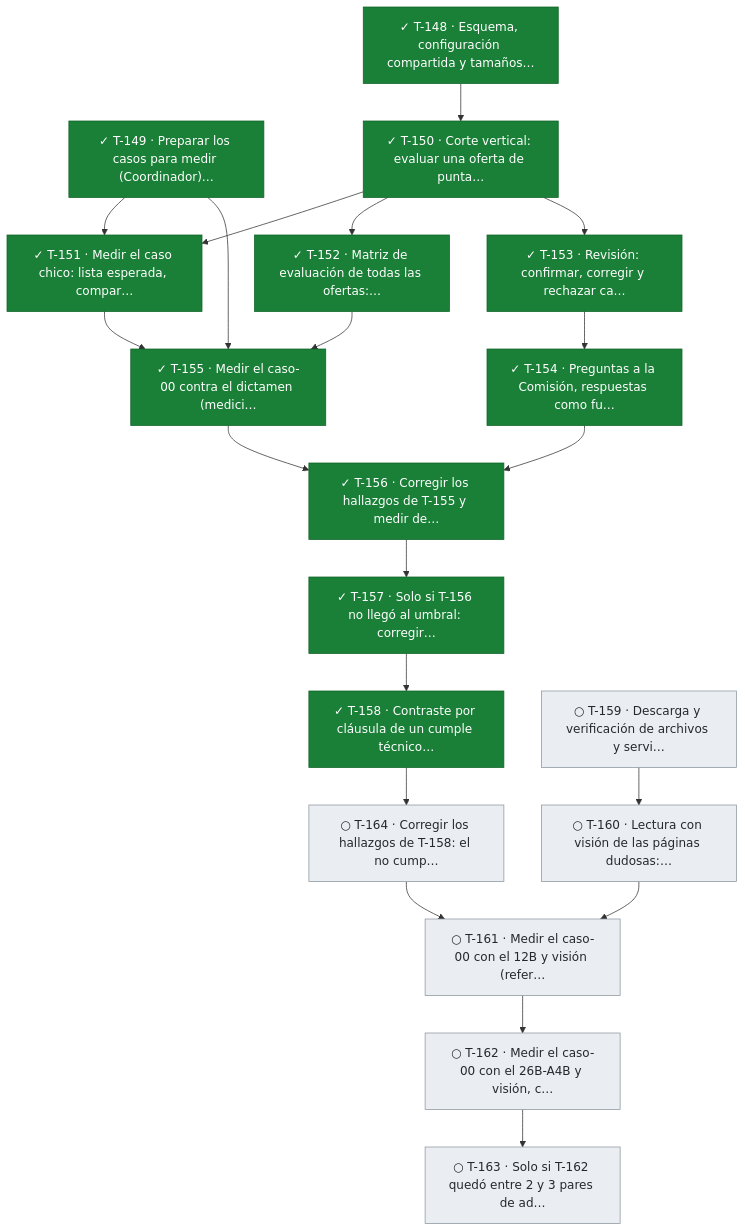
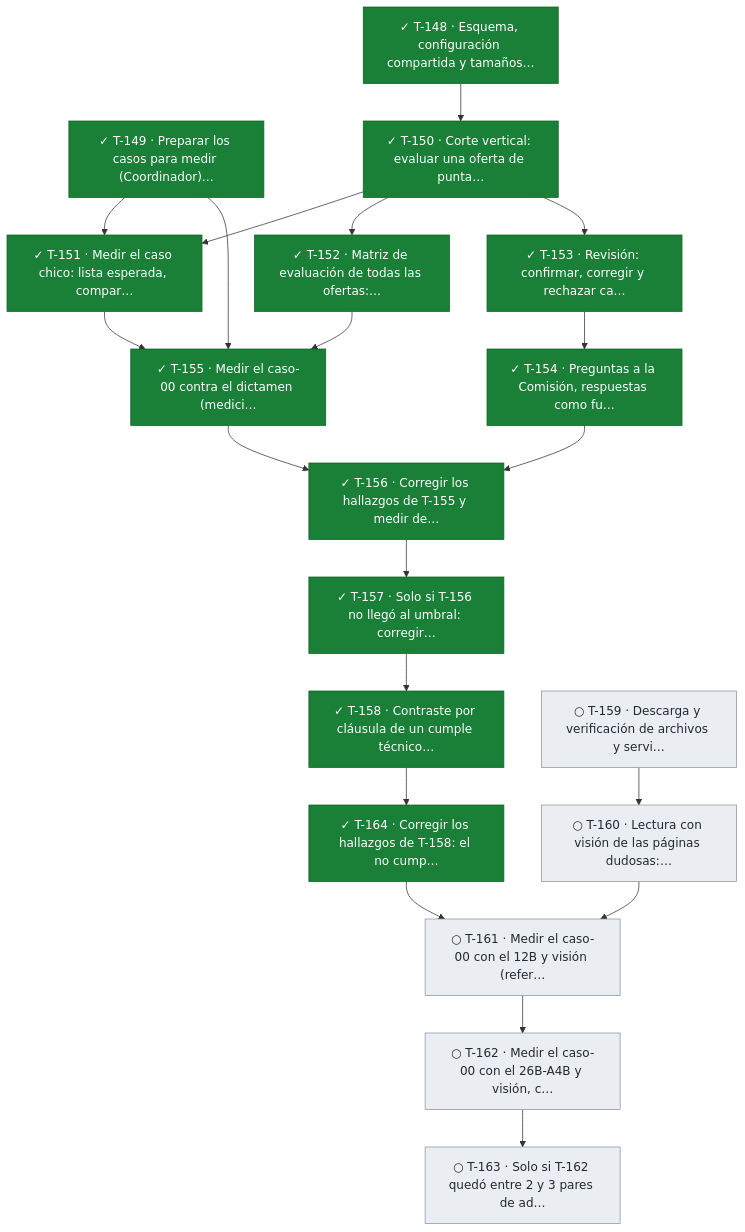
Before and after one commit to snavello/EVALUON: the seventh of 11 diagrams in docs/tablero.md, drawn with Mermaid. The commit also changed other lines of this file and 1 other file, not shown here.

````diff
--- a/docs/tablero.md
+++ b/docs/tablero.md
@@ -692,44 +692,44 @@
 ```mermaid
 flowchart TD
   T148["✓ T-148 · Esquema, configuración compartida y tamaños…"]:::done
   T149["✓ T-149 · Preparar los casos para medir (Coordinador)…"]:::done
   T150["✓ T-150 · Corte vertical: evaluar una oferta de punta…"]:::done
   T151["✓ T-151 · Medir el caso chico: lista esperada, compar…"]:::done
   T152["✓ T-152 · Matriz de evaluación de todas las ofertas:…"]:::done
   T153["✓ T-153 · Revisión: confirmar, corregir y rechazar ca…"]:::done
   T154["✓ T-154 · Preguntas a la Comisión, respuestas como fu…"]:::done
   T155["✓ T-155 · Medir el caso-00 contra el dictamen (medici…"]:::done
   T156["✓ T-156 · Corregir los hallazgos de T-155 y medir de…"]:::done
   T157["✓ T-157 · Solo si T-156 no llegó al umbral: corregir…"]:::done
   T158["✓ T-158 · Contraste por cláusula de un cumple técnico…"]:::done
-  T164["○ T-164 · Corregir los hallazgos de T-158: el no cump…"]:::todo
+  T164["✓ T-164 · Corregir los hallazgos de T-158: el no cump…"]:::done
   T159["○ T-159 · Descarga y verificación de archivos y servi…"]:::todo
   T160["○ T-160 · Lectura con visión de las páginas dudosas:…"]:::todo
   T161["○ T-161 · Medir el caso-00 con el 12B y visión (refer…"]:::todo
   T162["○ T-162 · Medir el caso-00 con el 26B-A4B y visión, c…"]:::todo
   T163["○ T-163 · Solo si T-162 quedó entre 2 y 3 pares de ad…"]:::todo
   T148 --> T150
   T149 --> T151
   T150 --> T151
   T150 --> T152
   T150 --> T153
   T153 --> T154
   T149 --> T155
   T151 --> T155
   T152 --> T155
   T154 --> T156
   T155 --> T156
   T156 --> T157
   T157 --> T158
   T158 --> T164
   T159 --> T160
   T160 --> T161
   T164 --> T161
   T161 --> T162
   T162 --> T163
   classDef done fill:#1a7f37,stroke:#116329,color:#ffffff
   classDef review fill:#0969da,stroke:#0550ae,color:#ffffff
   classDef active fill:#bf8700,stroke:#7d4e00,color:#ffffff
   classDef blocked fill:#cf222e,stroke:#a40e26,color:#ffffff
   classDef todo fill:#eaeef2,stroke:#8c959f,color:#24292f
 ```
````
